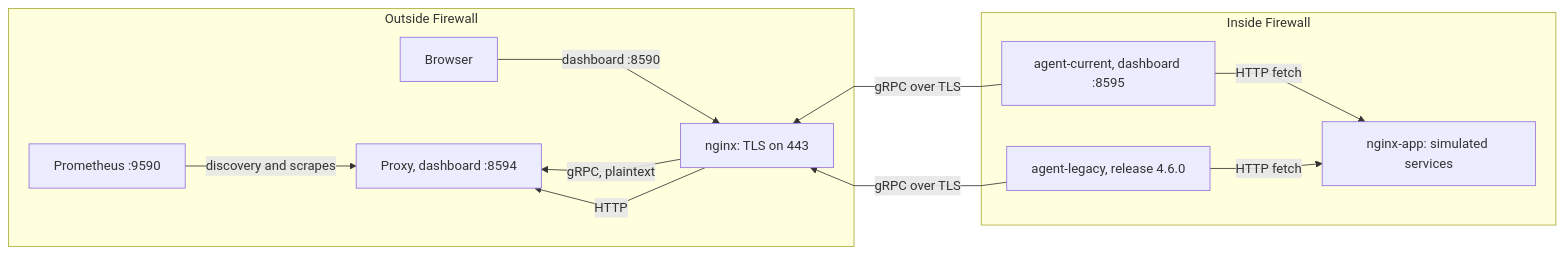
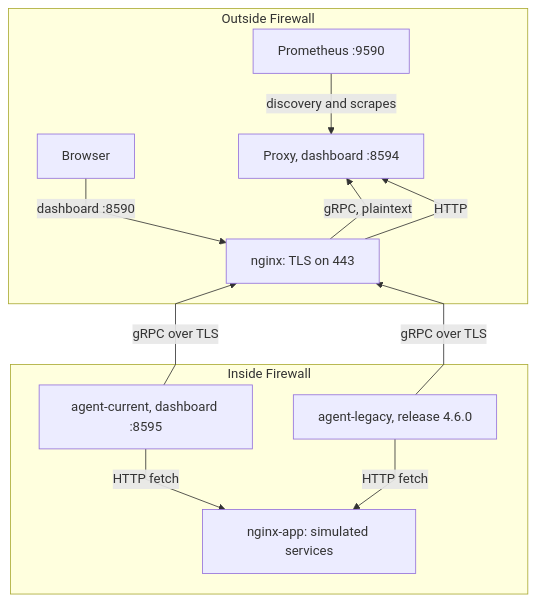
One commit to pambrose/prometheus-proxy changed the diagram in website/prometheus-proxy/docs/nginx-demo.md. Above: the diagram before and after it, drawn with Mermaid. The commit also changed 18 other files, not shown here.

First line of the commit message:
Draw the docs' diagrams readable, set the reading measure, and serve the lightbox from the site (#535)

````diff
--- a/website/prometheus-proxy/docs/nginx-demo.md
+++ b/website/prometheus-proxy/docs/nginx-demo.md
@@ -15,30 +15,30 @@
 ``` mermaid
 %%{init: {'flowchart': {'curve': 'linear'}}}%%
-graph LR
+graph TB
   P[Prometheus :9590] -->|discovery and scrapes| Proxy[Proxy, dashboard :8594]
   Browser[Browser] -->|dashboard :8590| Nginx
   Nginx[nginx: TLS on 443] -->|gRPC, plaintext| Proxy
   Nginx -->|HTTP| Proxy
-  %% Each agent connects out, to nginx, so its arrows point back. The invisible links keep nginx and the agents to the
-  %% right of the proxy, as on the other demo pages.
+  %% Each agent connects out, to nginx, so its arrows point back. The invisible links keep nginx and the agents
+  %% below the proxy, as on the other demo pages.
   Proxy ~~~ Nginx
   Nginx ~~~ Current
   Nginx ~~~ Legacy
   Current[agent-current, dashboard :8595] -->|gRPC over TLS| Nginx
   Legacy[agent-legacy, release 4.6.0] -->|gRPC over TLS| Nginx
   Current -->|HTTP fetch| App[nginx-app: simulated services]
   Legacy -->|HTTP fetch| App
 
   subgraph Outside Firewall
     P
     Proxy
     Nginx
     Browser
   end
 
   subgraph Inside Firewall
     Current
     Legacy
     App
   end
 ```
````
